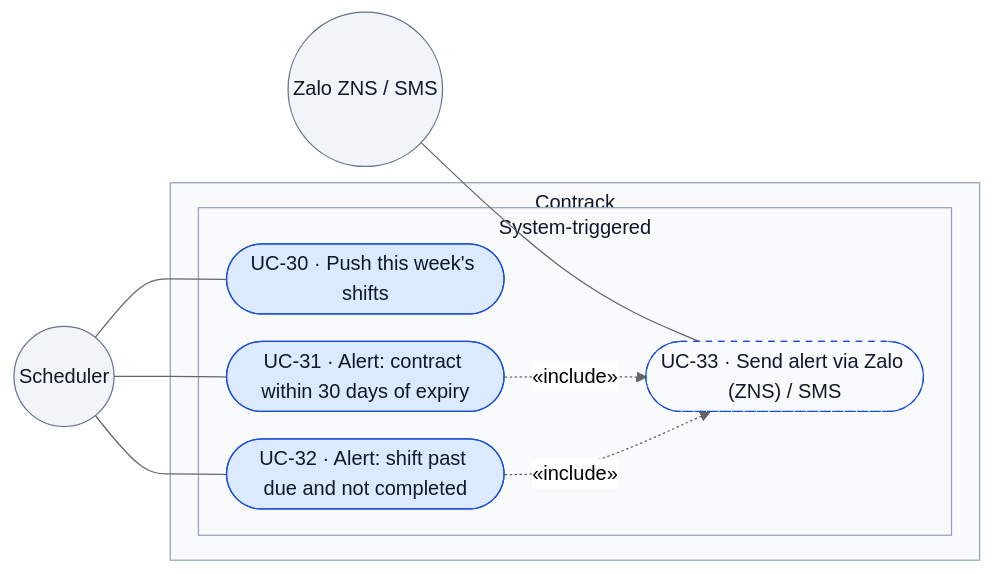
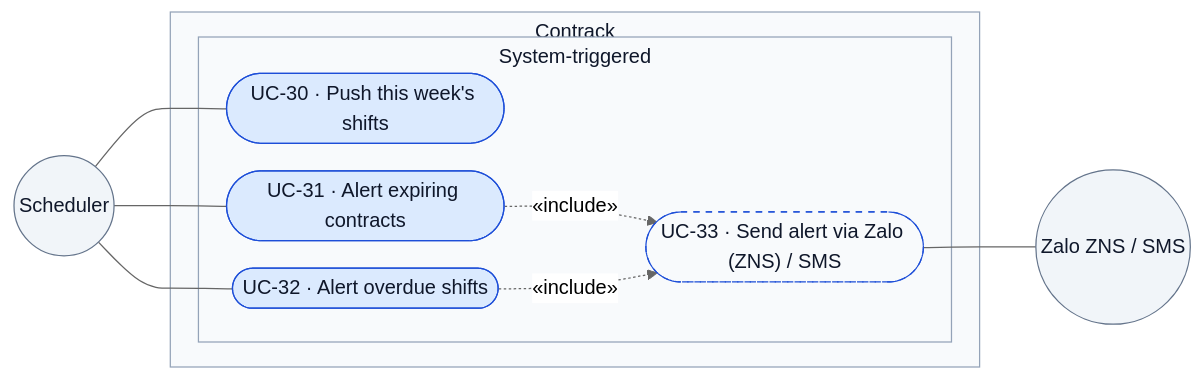
Before and after one commit to dDxCg/contrack: the seventh of 7 diagrams in docs/01-requirements-analysis.md, drawn with Mermaid (neutral theme). The commit also changed other lines of this file and 2 other files, not shown here.

Commit message:
redraw use case diagrams

````diff
--- a/docs/01-requirements-analysis.md
+++ b/docs/01-requirements-analysis.md
@@ -401,39 +368,39 @@
 ```mermaid
 ---
 config:
   flowchart:
     nodeSpacing: 22
     rankSpacing: 45
     padding: 8
     subGraphTitleMargin: { top: 4, bottom: 4 }
 ---
 flowchart LR
     Scheduler((Scheduler))
     Zalo((Zalo ZNS / SMS))
 
     subgraph Contrack["Contrack"]
         subgraph SystemBox["System-triggered"]
             S_Push(["UC-30 · Push this week's shifts"])
-            S_Expiry(["UC-31 · Alert: contract within 30 days of expiry"])
-            S_Missed(["UC-32 · Alert: shift past due and not completed"])
+            S_Expiry(["UC-31 · Alert expiring contracts"])
+            S_Missed(["UC-32 · Alert overdue shifts"])
             S_Alert(["UC-33 · Send alert via Zalo (ZNS) / SMS"])
         end
     end
 
     classDef box fill:#f8fafc,stroke:#94a3b8,color:#0f172a
     classDef actor fill:#f1f5f9,stroke:#64748b,color:#0f172a
     classDef uc fill:#dbeafe,stroke:#1d4ed8,color:#0f172a
     classDef inc fill:#f8fafc,stroke:#1d4ed8,color:#0f172a,stroke-dasharray: 5 5
     class Contrack,SystemBox box
     class Scheduler,Zalo actor
     class S_Push,S_Expiry,S_Missed uc
     class S_Alert inc
 
     Scheduler --- S_Push
     Scheduler --- S_Expiry
     Scheduler --- S_Missed
-    Zalo --- S_Alert
+    S_Alert --- Zalo
 
     S_Expiry -.->|"&laquo;include&raquo;"| S_Alert
     S_Missed -.->|"&laquo;include&raquo;"| S_Alert
 ```
````
